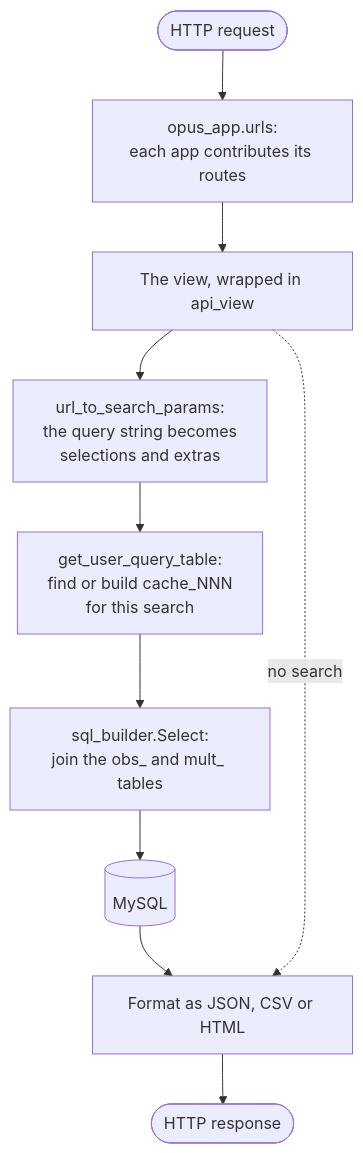
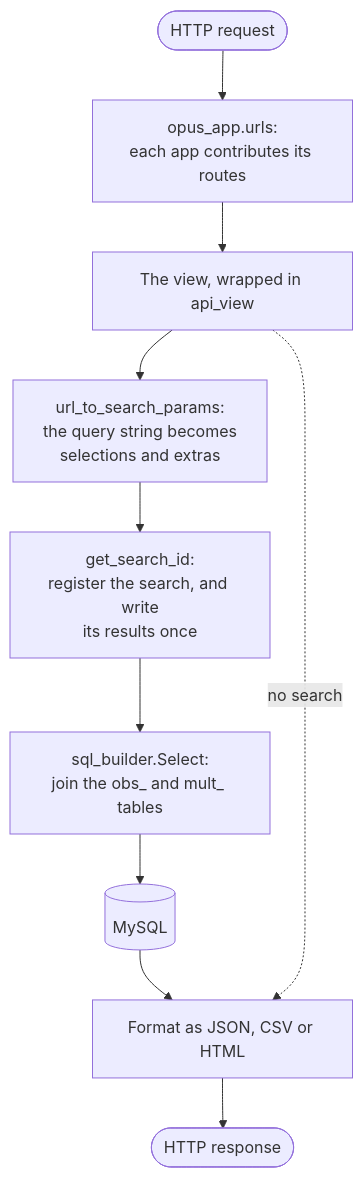
One commit to SETI/rms-opus changed the third of 3 diagrams in docs/dev_guide_architecture.rst. Above: the diagram before and after it, drawn with Mermaid. The commit also changed other lines of this file and 72 other files, not shown here.

First line of the commit message:
[DB · PR-11] feat: one search_results table replaces the per-search cache tables (#1542)

```diff
--- a/docs/dev_guide_architecture.rst
+++ b/docs/dev_guide_architecture.rst
@@ -112,13 +112,13 @@
 .. mermaid::
     :zoom:
 
     flowchart TD
         R([HTTP request]) --> U[opus_app.urls:<br/>each app contributes its routes]
         U --> V[The view, wrapped in api_view]
         V --> P[url_to_search_params:<br/>the query string becomes<br/>selections and extras]
-        P --> Q[get_user_query_table:<br/>find or build cache_NNN<br/>for this search]
+        P --> Q[get_search_id:<br/>register the search, and write<br/>its results once]
         Q --> S[sql_builder.Select:<br/>join the obs_ and mult_ tables]
         S --> D[(MySQL)]
         D --> F[Format as JSON, CSV or HTML]
         F --> RESP([HTTP response])
         V -.->|no search| F
```
